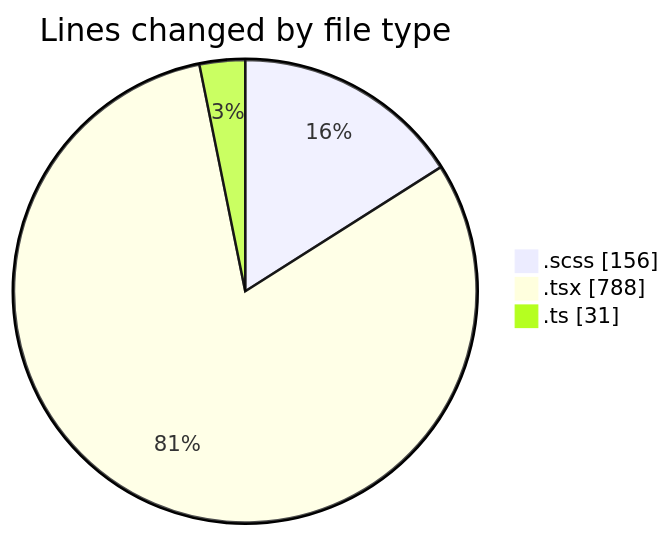
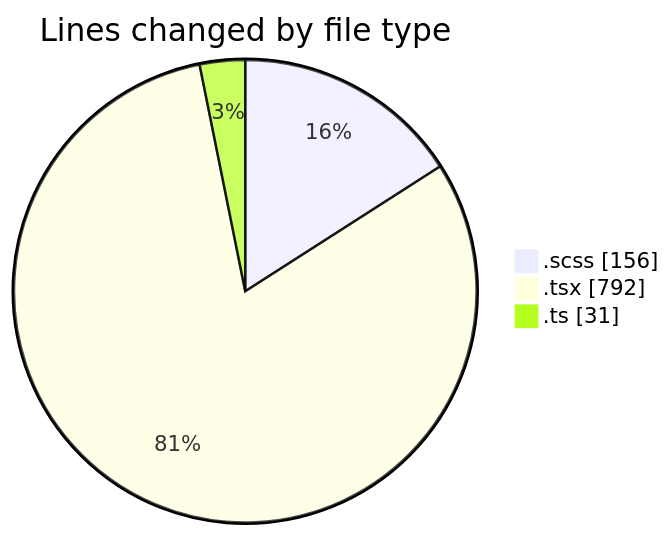
Before and after one commit to momahboobian/code-tracking: the first of 2 diagrams in 2025-02-10/cda/README.md, drawn with Mermaid. The commit also changed other lines of this file and 1 other file, not shown here.

````diff
--- a/2025-02-10/cda/README.md
+++ b/2025-02-10/cda/README.md
@@ -25,7 +25,7 @@
 ```mermaid
 pie showData
 title Lines changed by file type
 ".scss" : 156
-".tsx" : 788
+".tsx" : 792
 ".ts" : 31
 ```
````
